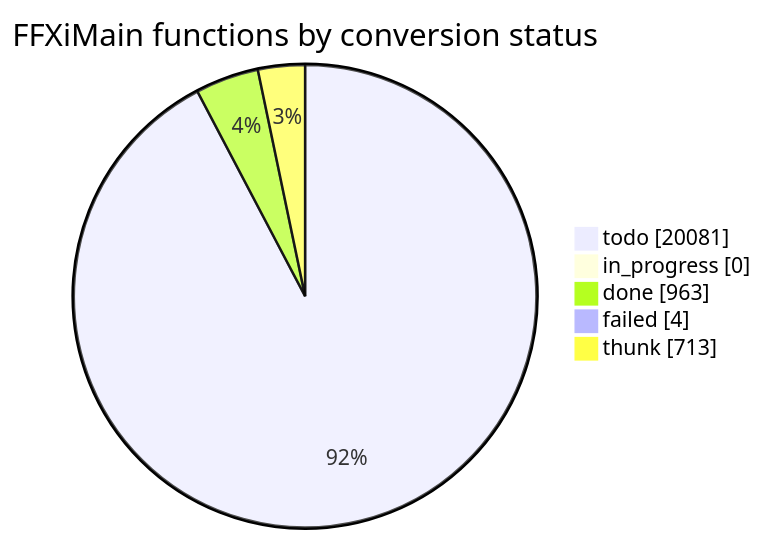
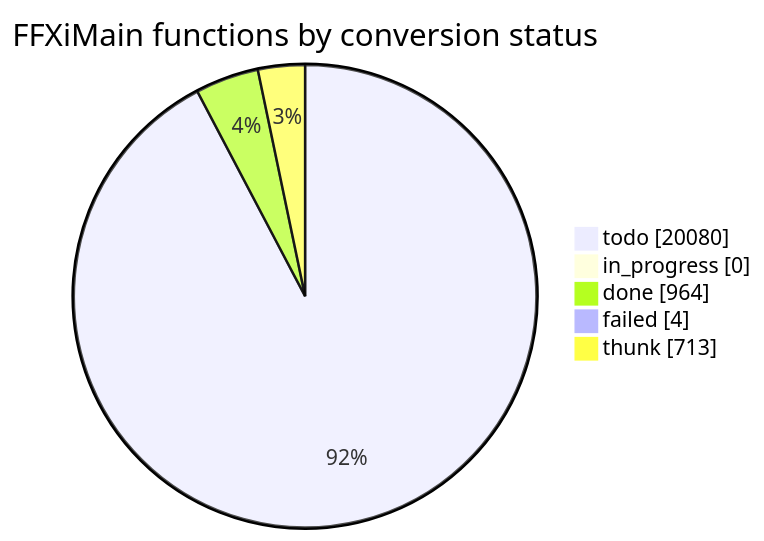
The diagram in docs/cow/STATUS.md (cowrevenge/cow_kuluu_xi_anything), drawn with Mermaid before and after one commit. The commit also changed other lines of this file and 13 other files, not shown here.

````diff
--- a/docs/cow/STATUS.md
+++ b/docs/cow/STATUS.md
@@ -18,9 +18,9 @@
 ```mermaid
 pie showData
     title FFXiMain functions by conversion status
-    "todo" : 20081
+    "todo" : 20080
     "in_progress" : 0
-    "done" : 963
+    "done" : 964
     "failed" : 4
     "thunk" : 713
 ```
````
